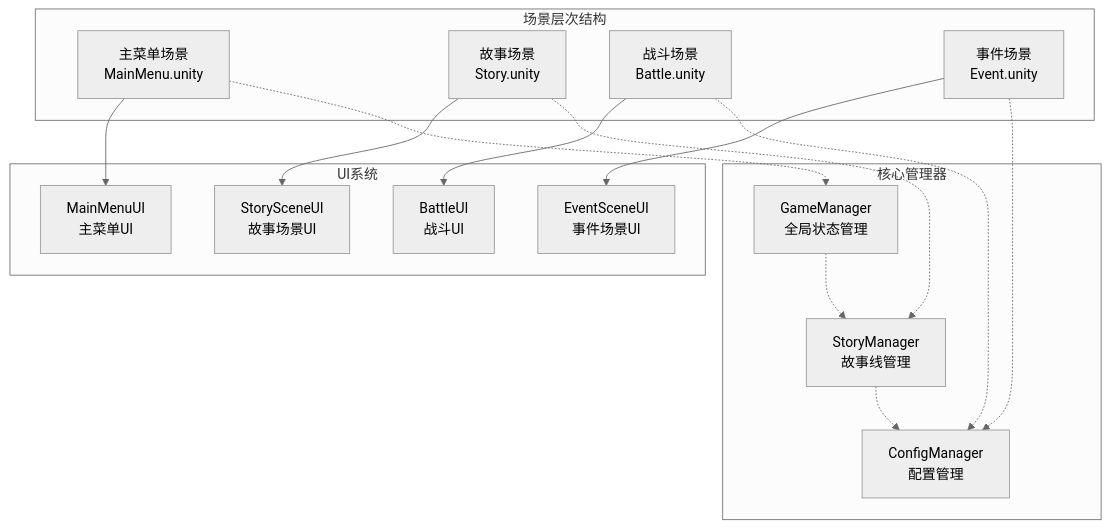
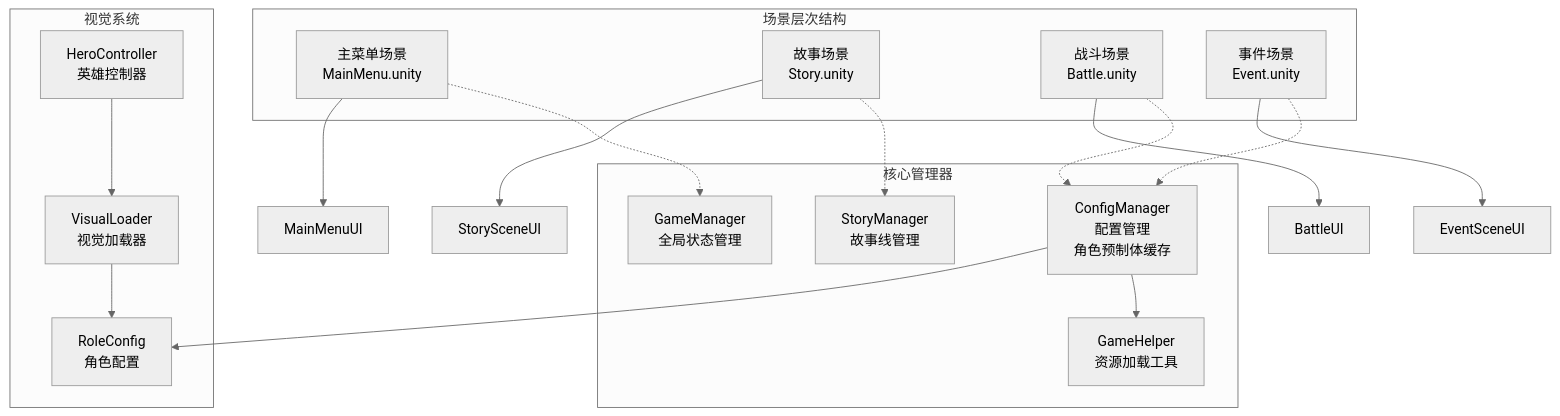
The first of 10 diagrams in .qoder/repowiki/zh/content/资源管理系统/场景资源配置.md (Tuusen/p1_client), drawn with Mermaid (neutral theme) before and after one commit. The commit also changed other lines of this file and 5 other files, not shown here.

````diff
--- a/.qoder/repowiki/zh/content/资源管理系统/场景资源配置.md
+++ b/.qoder/repowiki/zh/content/资源管理系统/场景资源配置.md
@@ -48,30 +64,32 @@
 ```mermaid
 graph TB
 subgraph "场景层次结构"
 MainMenu[主菜单场景<br/>MainMenu.unity]
 Story[故事场景<br/>Story.unity]
 Battle[战斗场景<br/>Battle.unity]
 Event[事件场景<br/>Event.unity]
 end
 subgraph "核心管理器"
 GameManager[GameManager<br/>全局状态管理]
 StoryManager[StoryManager<br/>故事线管理]
-ConfigManager[ConfigManager<br/>配置管理]
+ConfigManager[ConfigManager<br/>配置管理<br/>角色预制体缓存]
+GameHelper[GameHelper<br/>资源加载工具]
 end
-subgraph "UI系统"
-MainMenuUI[MainMenuUI<br/>主菜单UI]
-StorySceneUI[StorySceneUI<br/>故事场景UI]
-EventSceneUI[EventSceneUI<br/>事件场景UI]
-BattleUI[BattleUI<br/>战斗UI]
+subgraph "视觉系统"
+VisualLoader[VisualLoader<br/>视觉加载器]
+RoleConfig[RoleConfig<br/>角色配置]
+HeroController[HeroController<br/>英雄控制器]
 end
 MainMenu --> MainMenuUI
 Story --> StorySceneUI
 Battle --> BattleUI
 Event --> EventSceneUI
 MainMenu -.-> GameManager
 Story -.-> StoryManager
 Battle -.-> ConfigManager
 Event -.-> ConfigManager
-GameManager -.-> StoryManager
-StoryManager -.-> ConfigManager
+ConfigManager --> RoleConfig
+ConfigManager --> GameHelper
+HeroController --> VisualLoader
+VisualLoader --> RoleConfig
 ```
````
